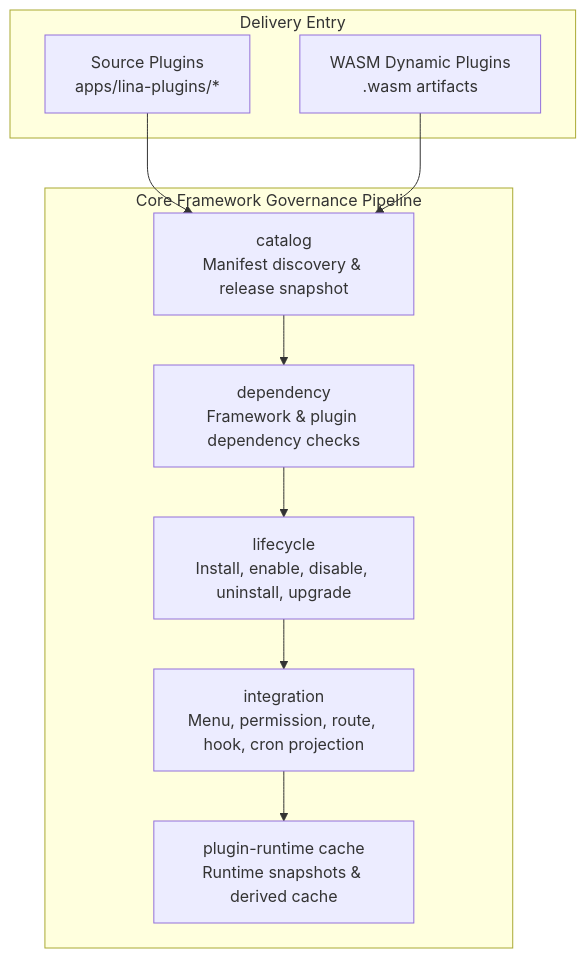
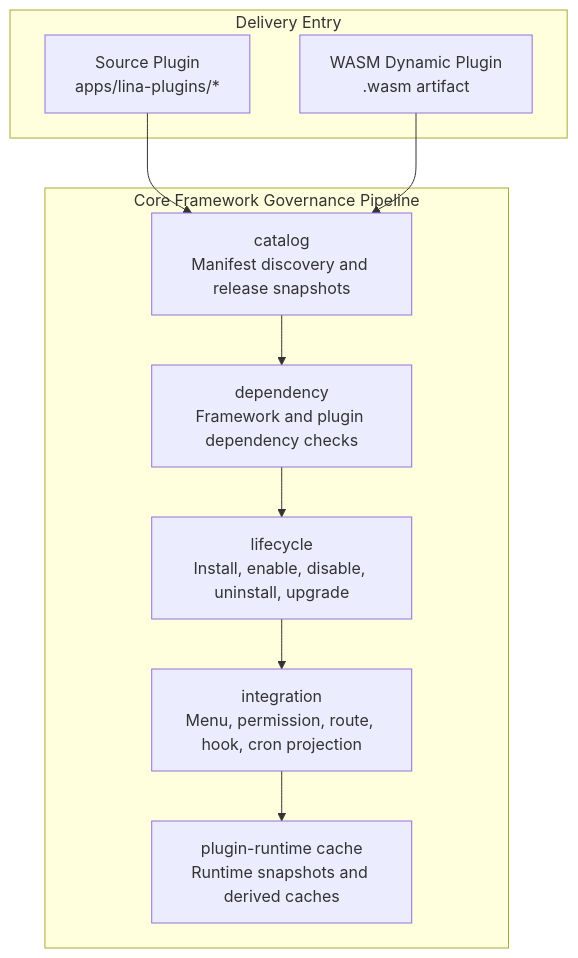
One commit to linaproai/linapro-site changed the first of 2 diagrams in apps/lina-site/i18n/en/docusaurus-plugin-content-docs/current/docs/2000-components/5000-plugin-system/5000-plugin-system.md. Above: the diagram before and after it, drawn with Mermaid. The commit also changed other lines of this file and 138 other files, not shown here.

````diff
--- a/apps/lina-site/i18n/en/docusaurus-plugin-content-docs/current/docs/2000-components/5000-plugin-system/5000-plugin-system.md
+++ b/apps/lina-site/i18n/en/docusaurus-plugin-content-docs/current/docs/2000-components/5000-plugin-system/5000-plugin-system.md
@@ -69,22 +69,22 @@
 ```mermaid
 flowchart TD
     subgraph Delivery["Delivery Entry"]
-        Source["Source Plugins<br/>apps/lina-plugins/*"]
-        Dynamic["WASM Dynamic Plugins<br/>.wasm artifacts"]
+        Source["Source Plugin<br/>apps/lina-plugins/*"]
+        Dynamic["WASM Dynamic Plugin<br/>.wasm artifact"]
     end
 
     subgraph Pipeline["Core Framework Governance Pipeline"]
-        Catalog["catalog<br/>Manifest discovery & release snapshot"]
-        Dependency["dependency<br/>Framework & plugin dependency checks"]
+        Catalog["catalog<br/>Manifest discovery and release snapshots"]
+        Dependency["dependency<br/>Framework and plugin dependency checks"]
         Lifecycle["lifecycle<br/>Install, enable, disable, uninstall, upgrade"]
         Integration["integration<br/>Menu, permission, route, hook, cron projection"]
-        Cache["plugin-runtime cache<br/>Runtime snapshots & derived cache"]
+        Cache["plugin-runtime cache<br/>Runtime snapshots and derived caches"]
     end
 
     Source --> Catalog
     Dynamic --> Catalog
     Catalog --> Dependency
     Dependency --> Lifecycle
     Lifecycle --> Integration
     Integration --> Cache
 ```
````
